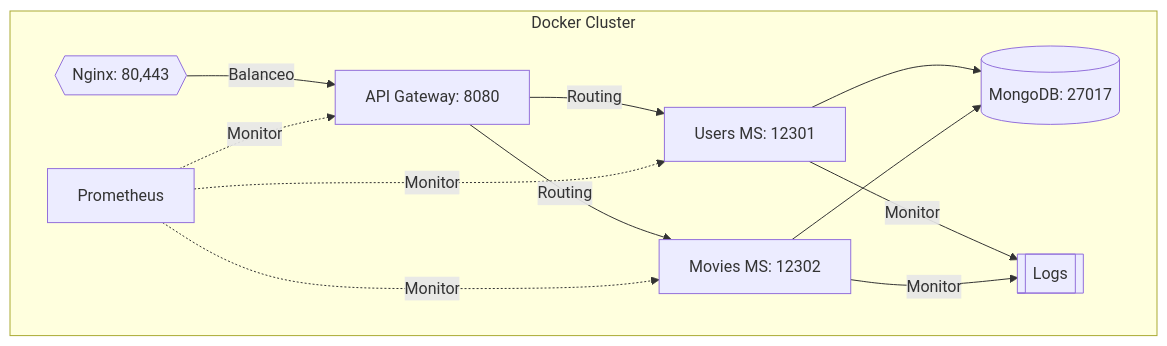
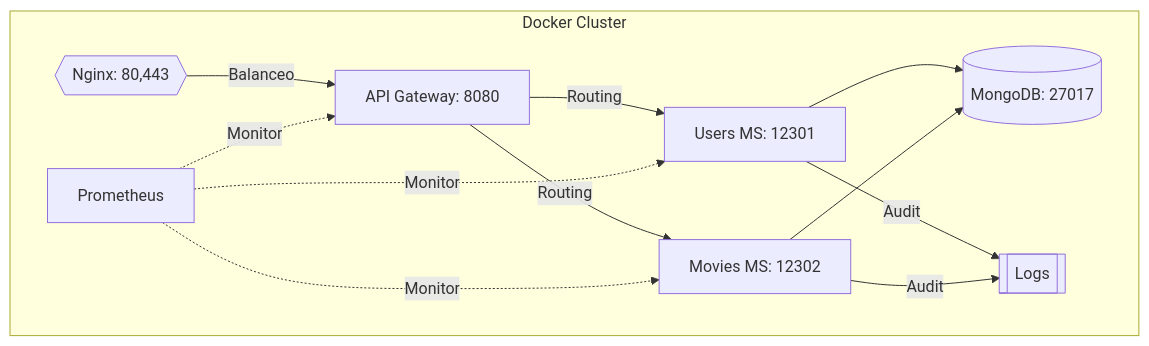
Before and after one commit to imeshinnovation/proyecto_ddd: the second of 2 diagrams in README.md, drawn with Mermaid.

Commit message:
Update repo

````diff
--- a/README.md
+++ b/README.md
@@ -39,23 +39,23 @@
 ```mermaid
 graph TD
     subgraph Docker Cluster
         A[API Gateway: 8080]
         B[Users MS: 12301]
         C[Movies MS: 12302]
         D[(MongoDB: 27017)]
         F{{Nginx: 80,443}}
         G[Prometheus]
         H[[Logs]]
         
         F -->|Balanceo| A
         A -->|Routing| B
         A -->|Routing| C
         B --> D
         C --> D
-        B --> |Monitor| H
-        C --> |Monitor| H
+        B --> |Audit| H
+        C --> |Audit| H
         G -.->|Monitor| A
         G -.->|Monitor| B
         G -.->|Monitor| C
     end
 ```
````
